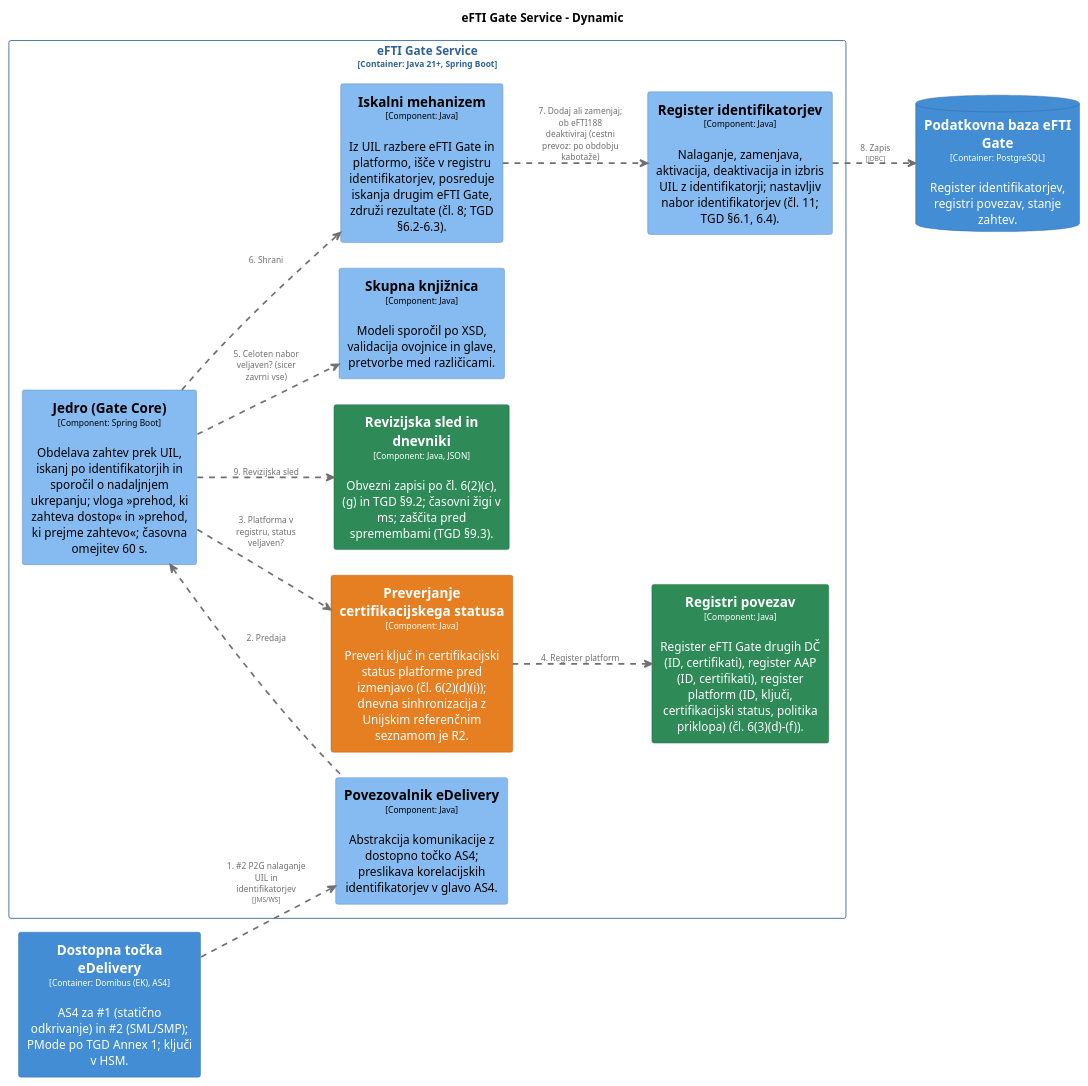
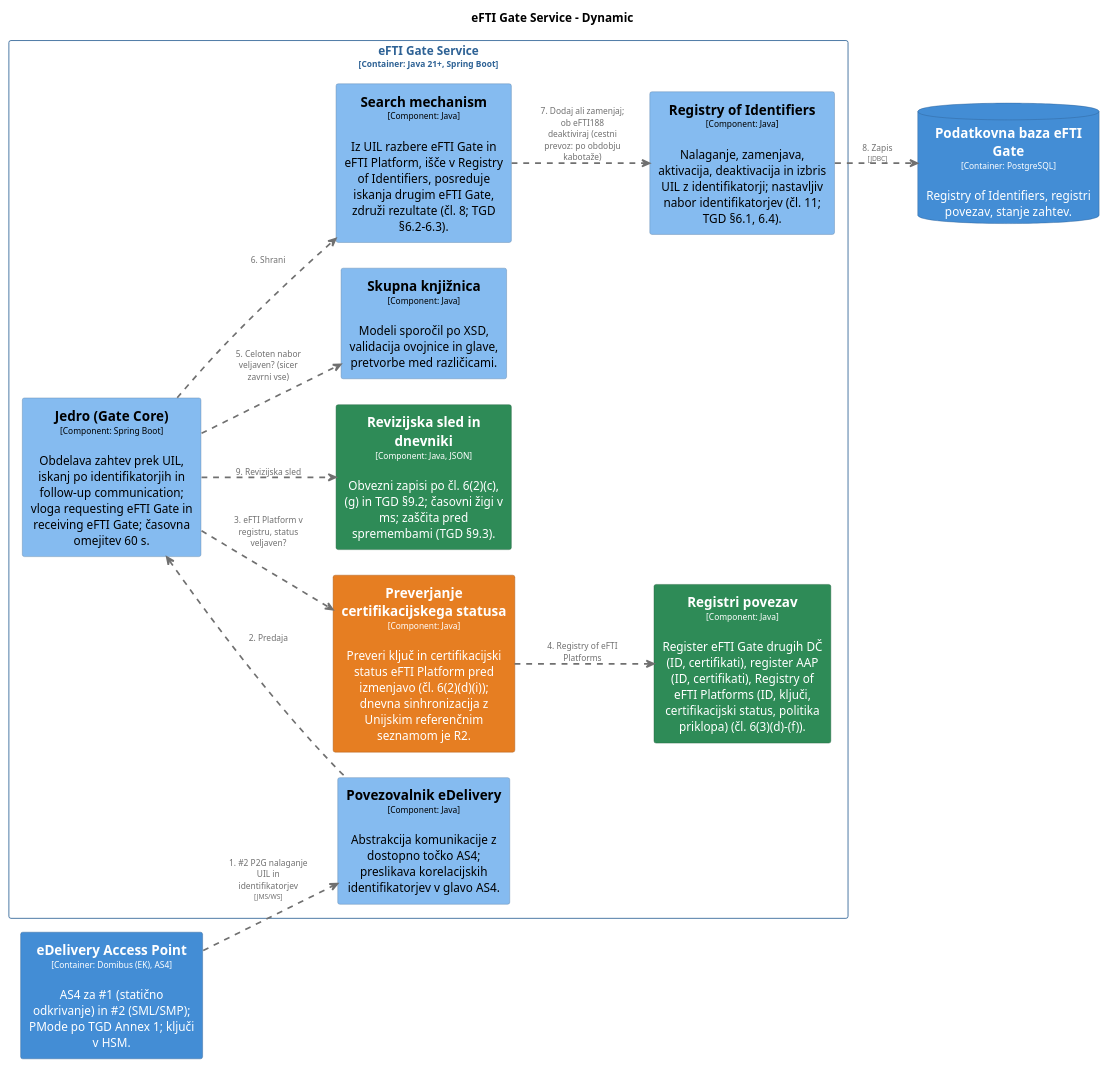
The diagram in architecture/diagrams/structurizr-D4-Nalaganje-identifikatorjev.puml (UM-KGPI/eFTI-Gate-SI), drawn with PlantUML before and after one commit. The commit also changed 38 other files, not shown here.

```diff
--- a/architecture/diagrams/structurizr-D4-Nalaganje-identifikatorjev.puml
+++ b/architecture/diagrams/structurizr-D4-Nalaganje-identifikatorjev.puml
@@ -1,107 +1,107 @@
 @startuml
 set separator none
 title eFTI Gate Service - Dynamic
 
 left to right direction
 skinparam ranksep 60
 skinparam nodesep 30
 
 skinparam {
   arrowFontSize 10
   defaultTextAlignment center
   wrapWidth 200
   maxMessageSize 100
 }
 
 hide stereotype
 
-skinparam rectangle<<eFTIGate.DostopnatočkaeDelivery>> {
-  BackgroundColor #438dd5
-  FontColor #ffffff
-  BorderColor #2e6295
-  shadowing false
-}
-skinparam rectangle<<eFTIGate.eFTIGateService.Iskalnimehanizem>> {
-  BackgroundColor #85bbf0
-  FontColor #000000
-  BorderColor #5d82a8
-  shadowing false
-}
 skinparam rectangle<<eFTIGate.eFTIGateService.JedroGateCore>> {
   BackgroundColor #85bbf0
   FontColor #000000
   BorderColor #5d82a8
   shadowing false
 }
 skinparam database<<eFTIGate.PodatkovnabazaeFTIGate>> {
   BackgroundColor #438dd5
   FontColor #ffffff
   BorderColor #2e6295
   shadowing false
 }
 skinparam rectangle<<eFTIGate.eFTIGateService.PovezovalnikeDelivery>> {
   BackgroundColor #85bbf0
   FontColor #000000
   BorderColor #5d82a8
   shadowing false
 }
 skinparam rectangle<<eFTIGate.eFTIGateService.Preverjanjecertifikacijskegastatusa>> {
   BackgroundColor #e67e22
   FontColor #ffffff
   BorderColor #a15817
   shadowing false
 }
-skinparam rectangle<<eFTIGate.eFTIGateService.Registeridentifikatorjev>> {
-  BackgroundColor #85bbf0
-  FontColor #000000
-  BorderColor #5d82a8
-  shadowing false
-}
 skinparam rectangle<<eFTIGate.eFTIGateService.Registripovezav>> {
   BackgroundColor #2e8b57
   FontColor #ffffff
   BorderColor #20613c
+  shadowing false
+}
+skinparam rectangle<<eFTIGate.eFTIGateService.RegistryofIdentifiers>> {
+  BackgroundColor #85bbf0
+  FontColor #000000
+  BorderColor #5d82a8
   shadowing false
 }
 skinparam rectangle<<eFTIGate.eFTIGateService.Revizijskasledindnevniki>> {
   BackgroundColor #2e8b57
   FontColor #ffffff
   BorderColor #20613c
   shadowing false
 }
+skinparam rectangle<<eFTIGate.eFTIGateService.Searchmechanism>> {
+  BackgroundColor #85bbf0
+  FontColor #000000
+  BorderColor #5d82a8
+  shadowing false
+}
 skinparam rectangle<<eFTIGate.eFTIGateService.Skupnaknjižnica>> {
   BackgroundColor #85bbf0
   FontColor #000000
   BorderColor #5d82a8
+  shadowing false
+}
+skinparam rectangle<<eFTIGate.eDeliveryAccessPoint>> {
+  BackgroundColor #438dd5
+  FontColor #ffffff
+  BorderColor #2e6295
   shadowing false
 }
 skinparam rectangle<<eFTIGate.eFTIGateService>> {
   BorderColor #2e6295
   FontColor #2e6295
   shadowing false
 }
 
 rectangle "eFTI Gate Service\n<size:10>[Container: Java 21+, Spring Boot]</size>" <<eFTIGate.eFTIGateService>> {
-  rectangle "==Preverjanje certifikacijskega statusa\n<size:10>[Component: Java]</size>\n\nPreveri ključ in certifikacijski status platforme pred izmenjavo (čl. 6(2)(d)(i)); dnevna sinhronizacija z Unijskim referenčnim seznamom je R2." <<eFTIGate.eFTIGateService.Preverjanjecertifikacijskegastatusa>> as eFTIGate.eFTIGateService.Preverjanjecertifikacijskegastatusa
+  rectangle "==Preverjanje certifikacijskega statusa\n<size:10>[Component: Java]</size>\n\nPreveri ključ in certifikacijski status eFTI Platform pred izmenjavo (čl. 6(2)(d)(i)); dnevna sinhronizacija z Unijskim referenčnim seznamom je R2." <<eFTIGate.eFTIGateService.Preverjanjecertifikacijskegastatusa>> as eFTIGate.eFTIGateService.Preverjanjecertifikacijskegastatusa
   rectangle "==Povezovalnik eDelivery\n<size:10>[Component: Java]</size>\n\nAbstrakcija komunikacije z dostopno točko AS4; preslikava korelacijskih identifikatorjev v glavo AS4." <<eFTIGate.eFTIGateService.PovezovalnikeDelivery>> as eFTIGate.eFTIGateService.PovezovalnikeDelivery
   rectangle "==Revizijska sled in dnevniki\n<size:10>[Component: Java, JSON]</size>\n\nObvezni zapisi po čl. 6(2)(c), (g) in TGD §9.2; časovni žigi v ms; zaščita pred spremembami (TGD §9.3)." <<eFTIGate.eFTIGateService.Revizijskasledindnevniki>> as eFTIGate.eFTIGateService.Revizijskasledindnevniki
   rectangle "==Skupna knjižnica\n<size:10>[Component: Java]</size>\n\nModeli sporočil po XSD, validacija ovojnice in glave, pretvorbe med različicami." <<eFTIGate.eFTIGateService.Skupnaknjižnica>> as eFTIGate.eFTIGateService.Skupnaknjižnica
-  rectangle "==Jedro (Gate Core)\n<size:10>[Component: Spring Boot]</size>\n\nObdelava zahtev prek UIL, iskanj po identifikatorjih in sporočil o nadaljnjem ukrepanju; vloga »prehod, ki zahteva dostop« in »prehod, ki prejme zahtevo«; časovna omejitev 60 s." <<eFTIGate.eFTIGateService.JedroGateCore>> as eFTIGate.eFTIGateService.JedroGateCore
-  rectangle "==Iskalni mehanizem\n<size:10>[Component: Java]</size>\n\nIz UIL razbere eFTI Gate in platformo, išče v registru identifikatorjev, posreduje iskanja drugim eFTI Gate, združi rezultate (čl. 8; TGD §6.2–6.3)." <<eFTIGate.eFTIGateService.Iskalnimehanizem>> as eFTIGate.eFTIGateService.Iskalnimehanizem
-  rectangle "==Register identifikatorjev\n<size:10>[Component: Java]</size>\n\nNalaganje, zamenjava, aktivacija, deaktivacija in izbris UIL z identifikatorji; nastavljiv nabor identifikatorjev (čl. 11; TGD §6.1, 6.4)." <<eFTIGate.eFTIGateService.Registeridentifikatorjev>> as eFTIGate.eFTIGateService.Registeridentifikatorjev
-  rectangle "==Registri povezav\n<size:10>[Component: Java]</size>\n\nRegister eFTI Gate drugih DČ (ID, certifikati), register AAP (ID, certifikati), register platform (ID, ključi, certifikacijski status, politika priklopa) (čl. 6(3)(d)–(f))." <<eFTIGate.eFTIGateService.Registripovezav>> as eFTIGate.eFTIGateService.Registripovezav
+  rectangle "==Jedro (Gate Core)\n<size:10>[Component: Spring Boot]</size>\n\nObdelava zahtev prek UIL, iskanj po identifikatorjih in follow-up communication; vloga requesting eFTI Gate in receiving eFTI Gate; časovna omejitev 60 s." <<eFTIGate.eFTIGateService.JedroGateCore>> as eFTIGate.eFTIGateService.JedroGateCore
+  rectangle "==Search mechanism\n<size:10>[Component: Java]</size>\n\nIz UIL razbere eFTI Gate in eFTI Platform, išče v Registry of Identifiers, posreduje iskanja drugim eFTI Gate, združi rezultate (čl. 8; TGD §6.2–6.3)." <<eFTIGate.eFTIGateService.Searchmechanism>> as eFTIGate.eFTIGateService.Searchmechanism
+  rectangle "==Registry of Identifiers\n<size:10>[Component: Java]</size>\n\nNalaganje, zamenjava, aktivacija, deaktivacija in izbris UIL z identifikatorji; nastavljiv nabor identifikatorjev (čl. 11; TGD §6.1, 6.4)." <<eFTIGate.eFTIGateService.RegistryofIdentifiers>> as eFTIGate.eFTIGateService.RegistryofIdentifiers
+  rectangle "==Registri povezav\n<size:10>[Component: Java]</size>\n\nRegister eFTI Gate drugih DČ (ID, certifikati), register AAP (ID, certifikati), Registry of eFTI Platforms (ID, ključi, certifikacijski status, politika priklopa) (čl. 6(3)(d)–(f))." <<eFTIGate.eFTIGateService.Registripovezav>> as eFTIGate.eFTIGateService.Registripovezav
 }
 
-database "==Podatkovna baza eFTI Gate\n<size:10>[Container: PostgreSQL]</size>\n\nRegister identifikatorjev, registri povezav, stanje zahtev." <<eFTIGate.PodatkovnabazaeFTIGate>> as eFTIGate.PodatkovnabazaeFTIGate
-rectangle "==Dostopna točka eDelivery\n<size:10>[Container: Domibus (EK), AS4]</size>\n\nAS4 za #1 (statično odkrivanje) in #2 (SML/SMP); PMode po TGD Annex 1; ključi v HSM." <<eFTIGate.DostopnatočkaeDelivery>> as eFTIGate.DostopnatočkaeDelivery
+database "==Podatkovna baza eFTI Gate\n<size:10>[Container: PostgreSQL]</size>\n\nRegistry of Identifiers, registri povezav, stanje zahtev." <<eFTIGate.PodatkovnabazaeFTIGate>> as eFTIGate.PodatkovnabazaeFTIGate
+rectangle "==eDelivery Access Point\n<size:10>[Container: Domibus (EK), AS4]</size>\n\nAS4 za #1 (statično odkrivanje) in #2 (SML/SMP); PMode po TGD Annex 1; ključi v HSM." <<eFTIGate.eDeliveryAccessPoint>> as eFTIGate.eDeliveryAccessPoint
 
-eFTIGate.DostopnatočkaeDelivery .[#707070,thickness=2].> eFTIGate.eFTIGateService.PovezovalnikeDelivery : "<color:#707070>1. #2 P2G nalaganje UIL in identifikatorjev\n<color:#707070><size:8>[JMS/WS]</size>"
+eFTIGate.eDeliveryAccessPoint .[#707070,thickness=2].> eFTIGate.eFTIGateService.PovezovalnikeDelivery : "<color:#707070>1. #2 P2G nalaganje UIL in identifikatorjev\n<color:#707070><size:8>[JMS/WS]</size>"
 eFTIGate.eFTIGateService.JedroGateCore <.[#707070,thickness=2]. eFTIGate.eFTIGateService.PovezovalnikeDelivery : "<color:#707070>2. Predaja"
-eFTIGate.eFTIGateService.JedroGateCore .[#707070,thickness=2].> eFTIGate.eFTIGateService.Preverjanjecertifikacijskegastatusa : "<color:#707070>3. Platforma v registru, status veljaven?"
-eFTIGate.eFTIGateService.Preverjanjecertifikacijskegastatusa .[#707070,thickness=2].> eFTIGate.eFTIGateService.Registripovezav : "<color:#707070>4. Register platform"
+eFTIGate.eFTIGateService.JedroGateCore .[#707070,thickness=2].> eFTIGate.eFTIGateService.Preverjanjecertifikacijskegastatusa : "<color:#707070>3. eFTI Platform v registru, status veljaven?"
+eFTIGate.eFTIGateService.Preverjanjecertifikacijskegastatusa .[#707070,thickness=2].> eFTIGate.eFTIGateService.Registripovezav : "<color:#707070>4. Registry of eFTI Platforms"
 eFTIGate.eFTIGateService.JedroGateCore .[#707070,thickness=2].> eFTIGate.eFTIGateService.Skupnaknjižnica : "<color:#707070>5. Celoten nabor veljaven? (sicer zavrni vse)"
-eFTIGate.eFTIGateService.JedroGateCore .[#707070,thickness=2].> eFTIGate.eFTIGateService.Iskalnimehanizem : "<color:#707070>6. Shrani"
-eFTIGate.eFTIGateService.Iskalnimehanizem .[#707070,thickness=2].> eFTIGate.eFTIGateService.Registeridentifikatorjev : "<color:#707070>7. Dodaj ali zamenjaj; ob eFTI188 deaktiviraj (cestni prevoz: po obdobju kabotaže)"
-eFTIGate.eFTIGateService.Registeridentifikatorjev .[#707070,thickness=2].> eFTIGate.PodatkovnabazaeFTIGate : "<color:#707070>8. Zapis\n<color:#707070><size:8>[JDBC]</size>"
+eFTIGate.eFTIGateService.JedroGateCore .[#707070,thickness=2].> eFTIGate.eFTIGateService.Searchmechanism : "<color:#707070>6. Shrani"
+eFTIGate.eFTIGateService.Searchmechanism .[#707070,thickness=2].> eFTIGate.eFTIGateService.RegistryofIdentifiers : "<color:#707070>7. Dodaj ali zamenjaj; ob eFTI188 deaktiviraj (cestni prevoz: po obdobju kabotaže)"
+eFTIGate.eFTIGateService.RegistryofIdentifiers .[#707070,thickness=2].> eFTIGate.PodatkovnabazaeFTIGate : "<color:#707070>8. Zapis\n<color:#707070><size:8>[JDBC]</size>"
 eFTIGate.eFTIGateService.JedroGateCore .[#707070,thickness=2].> eFTIGate.eFTIGateService.Revizijskasledindnevniki : "<color:#707070>9. Revizijska sled"
 @enduml
```
